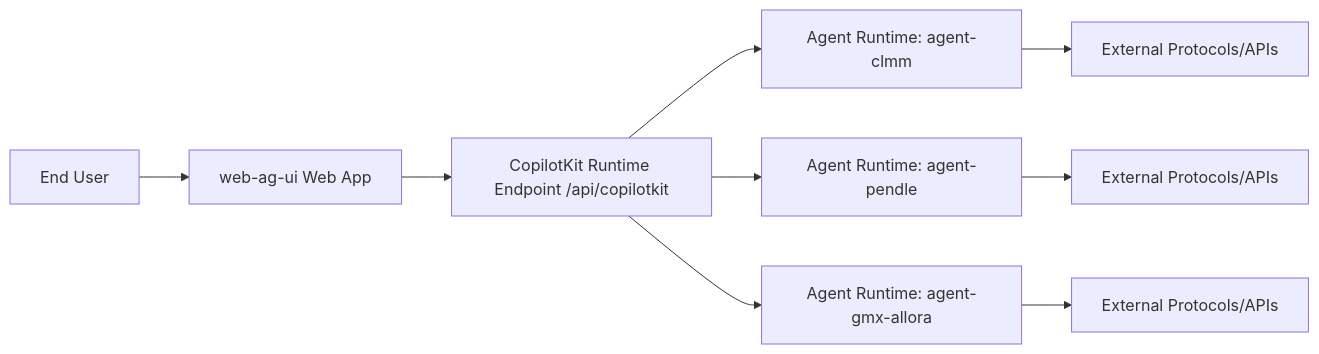
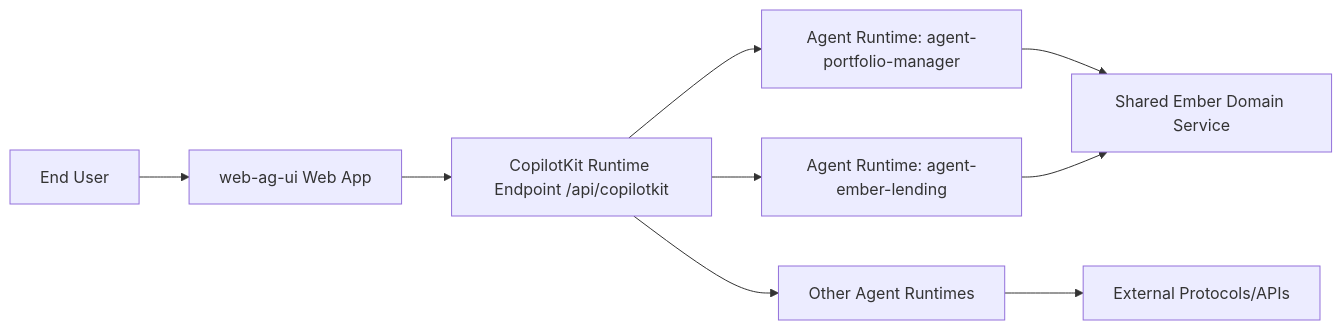
One commit to EmberAGI/arbitrum-vibekit changed the first of 6 diagrams in typescript/clients/web-ag-ui/docs/c4-target-architecture-web-ag-ui-agents.md. Above: the diagram before and after it, drawn with Mermaid. The commit also changed other lines of this file and 2 other files, not shown here.

Commit message:
docs(web-ag-ui): reconcile managed lending architecture

````diff
--- a/typescript/clients/web-ag-ui/docs/c4-target-architecture-web-ag-ui-agents.md
+++ b/typescript/clients/web-ag-ui/docs/c4-target-architecture-web-ag-ui-agents.md
@@ -38,12 +38,12 @@
 ```mermaid
 flowchart LR
   U[End User] --> W[web-ag-ui Web App]
   W --> R[CopilotKit Runtime Endpoint /api/copilotkit]
-  R --> A1[Agent Runtime: agent-clmm]
-  R --> A2[Agent Runtime: agent-pendle]
-  R --> A3[Agent Runtime: agent-gmx-allora]
+  R --> PM[Agent Runtime: agent-portfolio-manager]
+  R --> EL[Agent Runtime: agent-ember-lending]
+  R --> O[Other Agent Runtimes]
 
-  A1 --> X1[External Protocols/APIs]
-  A2 --> X2[External Protocols/APIs]
-  A3 --> X3[External Protocols/APIs]
+  PM --> SE[Shared Ember Domain Service]
+  EL --> SE
+  O --> X[External Protocols/APIs]
 ```
````
